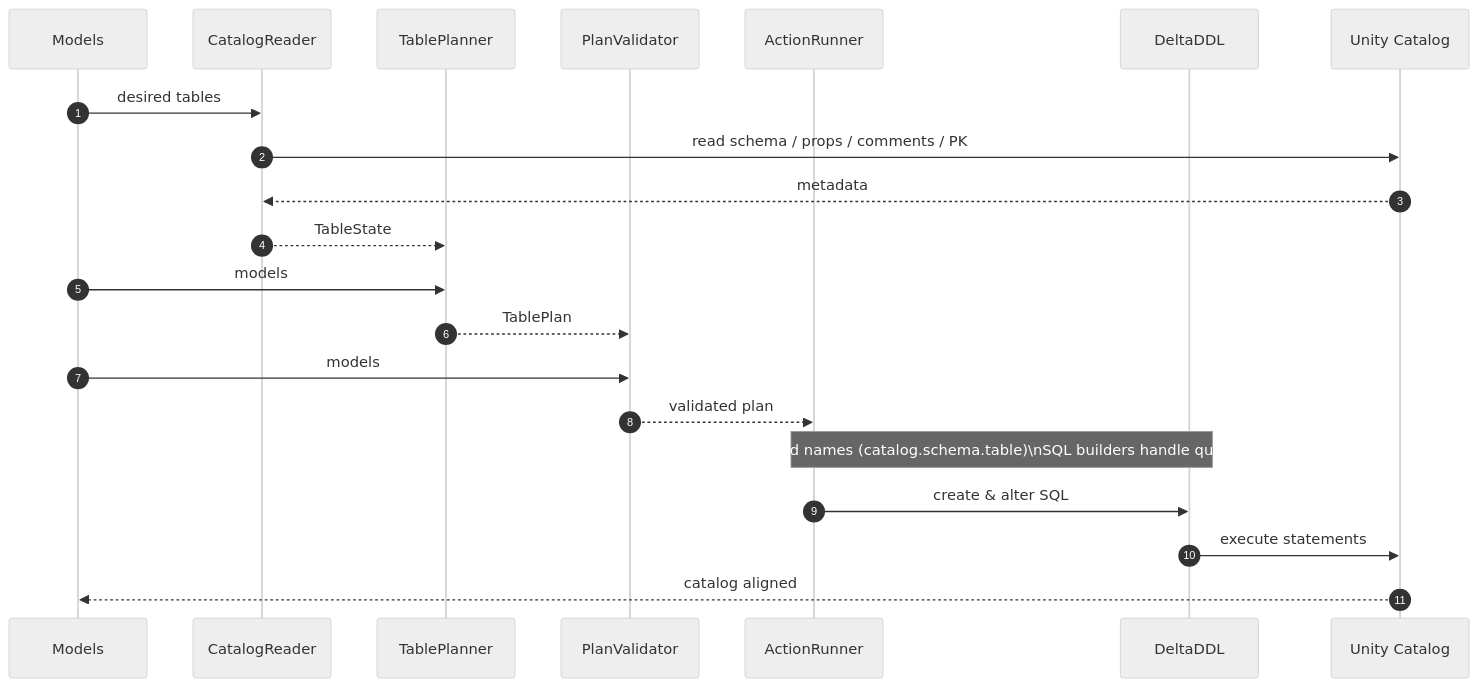
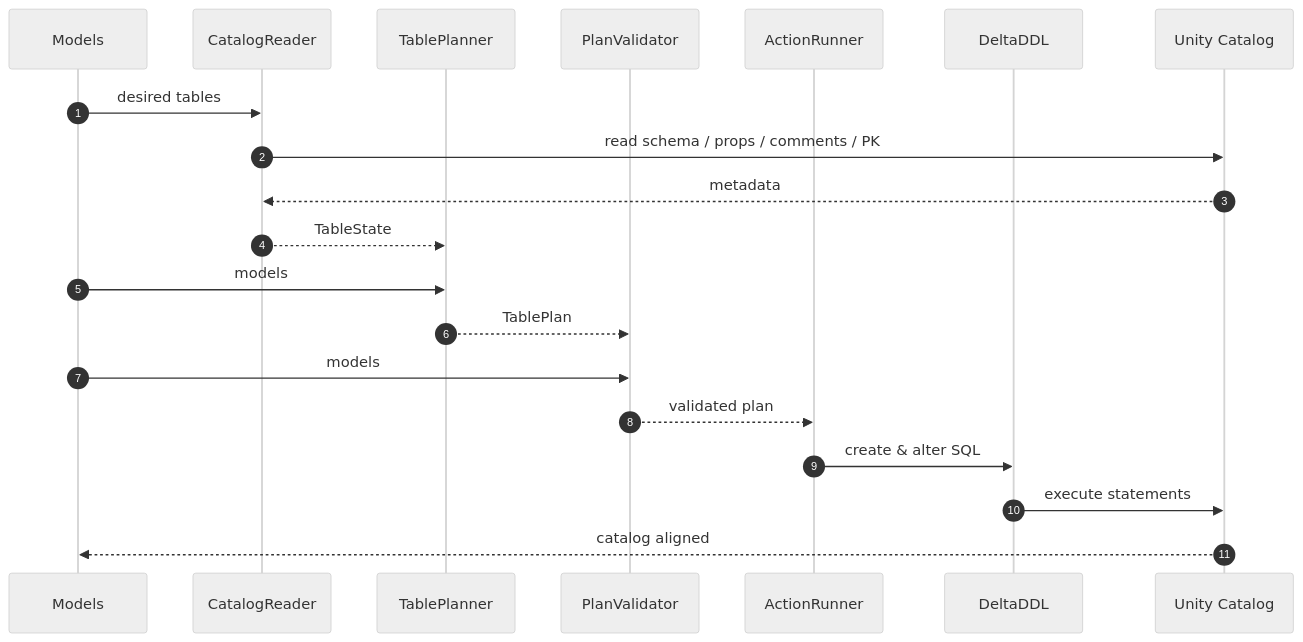
Before and after one commit to Tomoscorbin/ETL-framework: the second of 2 diagrams in docs/delta_engine.md, drawn with Mermaid (neutral theme). The commit also changed other lines of this file, not shown here.

````diff
--- a/docs/delta_engine.md
+++ b/docs/delta_engine.md
@@ -59,25 +58,24 @@
 ```mermaid
 sequenceDiagram
   autonumber
   participant M as Models
   participant R as CatalogReader
   participant P as TablePlanner
   participant V as PlanValidator
   participant A as ActionRunner
   participant D as DeltaDDL
   participant UC as Unity Catalog
 
   M->>R: desired tables
   R->>UC: read schema / props / comments / PK
   UC-->>R: metadata
   R-->>P: TableState
   M->>P: models
   P-->>V: TablePlan
   M->>V: models
   V-->>A: validated plan
-  Note over A,D: Pass unescaped names (catalog.schema.table)\nSQL builders handle quoting/escaping
   A->>D: create & alter SQL
   D->>UC: execute statements
   UC-->>M: catalog aligned
 
 ```
````
